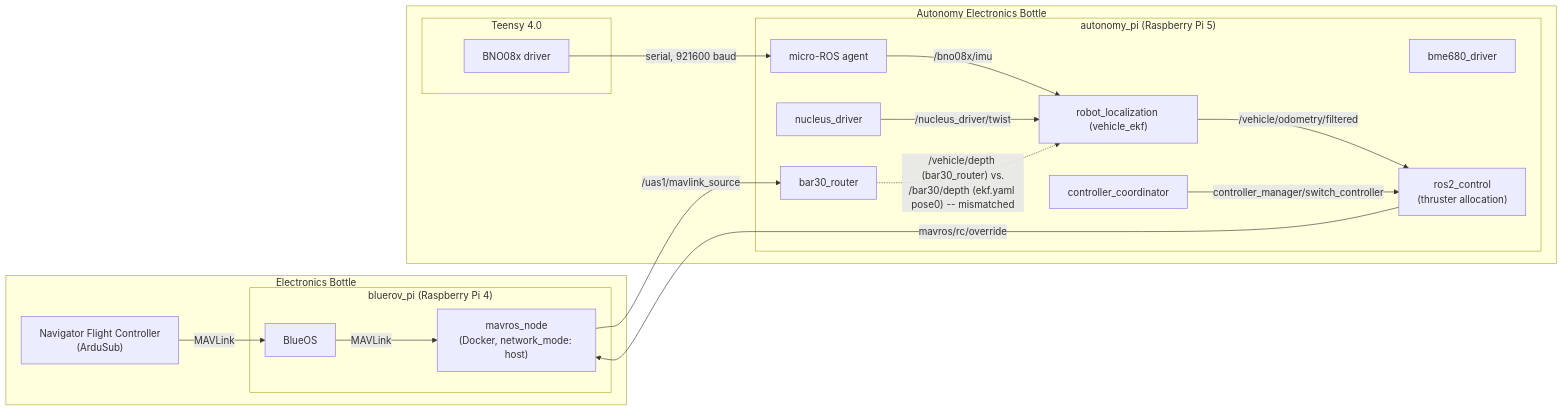
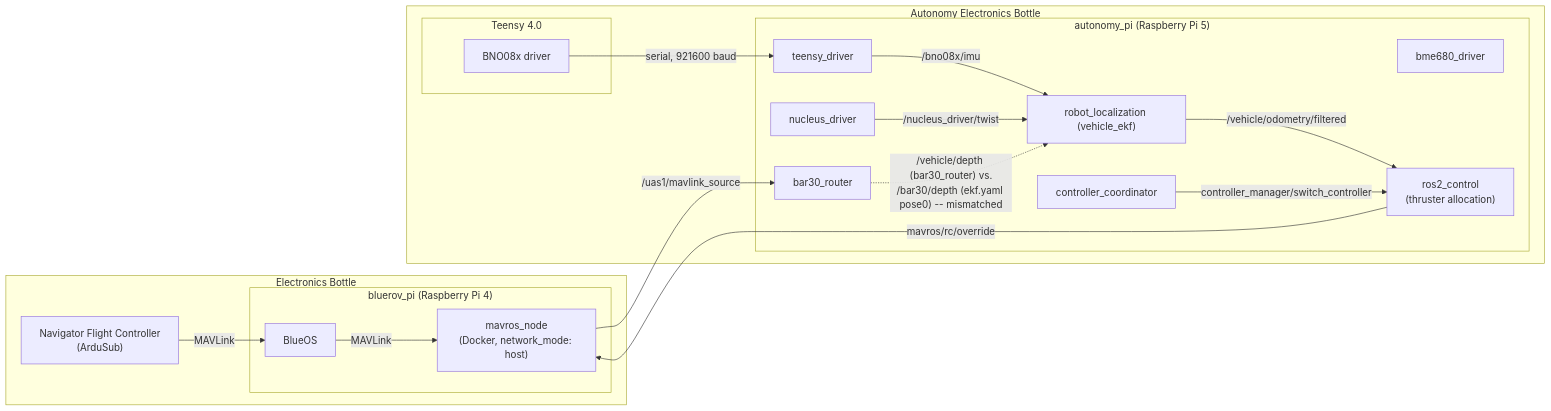
One commit to Robotic-Decision-Making-Lab/RDML_BlueROV2_Deployment changed the diagram in README.md. Above: the diagram before and after it, drawn with Mermaid. The commit also changed 7 other files, not shown here.

````diff
--- a/README.md
+++ b/README.md
@@ -44,38 +44,38 @@
 ```mermaid
 flowchart LR
     subgraph ElectronicsBottle["Electronics Bottle"]
         FC["Navigator Flight Controller\n(ArduSub)"]
 
         subgraph BlueROVPi["bluerov_pi (Raspberry Pi 4)"]
             BlueOS["BlueOS"]
             MAVROS["mavros_node\n(Docker, network_mode: host)"]
         end
     end
 
     subgraph AutonomyBottle["Autonomy Electronics Bottle"]
         subgraph AutonomyPi["autonomy_pi (Raspberry Pi 5)"]
-            Agent["micro-ROS agent"]
+            Agent["teensy_driver"]
             Bar30["bar30_router"]
             DVL["nucleus_driver"]
             BME["bme680_driver"]
             EKF["robot_localization (vehicle_ekf)"]
             RC["ros2_control\n(thruster allocation)"]
             Coord["controller_coordinator"]
         end
 
         subgraph Teensy["Teensy 4.0"]
             IMU["BNO08x driver"]
         end
     end
 
     FC -- MAVLink --> BlueOS
     BlueOS -- MAVLink --> MAVROS
     MAVROS -- "/uas1/mavlink_source" --> Bar30
     IMU -- "serial, 921600 baud" --> Agent
     Agent -- "/bno08x/imu" --> EKF
     DVL -- "/nucleus_driver/twist" --> EKF
     Bar30 -. "/vehicle/depth (bar30_router) vs.\n/bar30/depth (ekf.yaml pose0) -- mismatched" .-> EKF
     EKF -- "/vehicle/odometry/filtered" --> RC
     Coord -- "controller_manager/switch_controller" --> RC
     RC -- "mavros/rc/override" --> MAVROS
 ```
````
